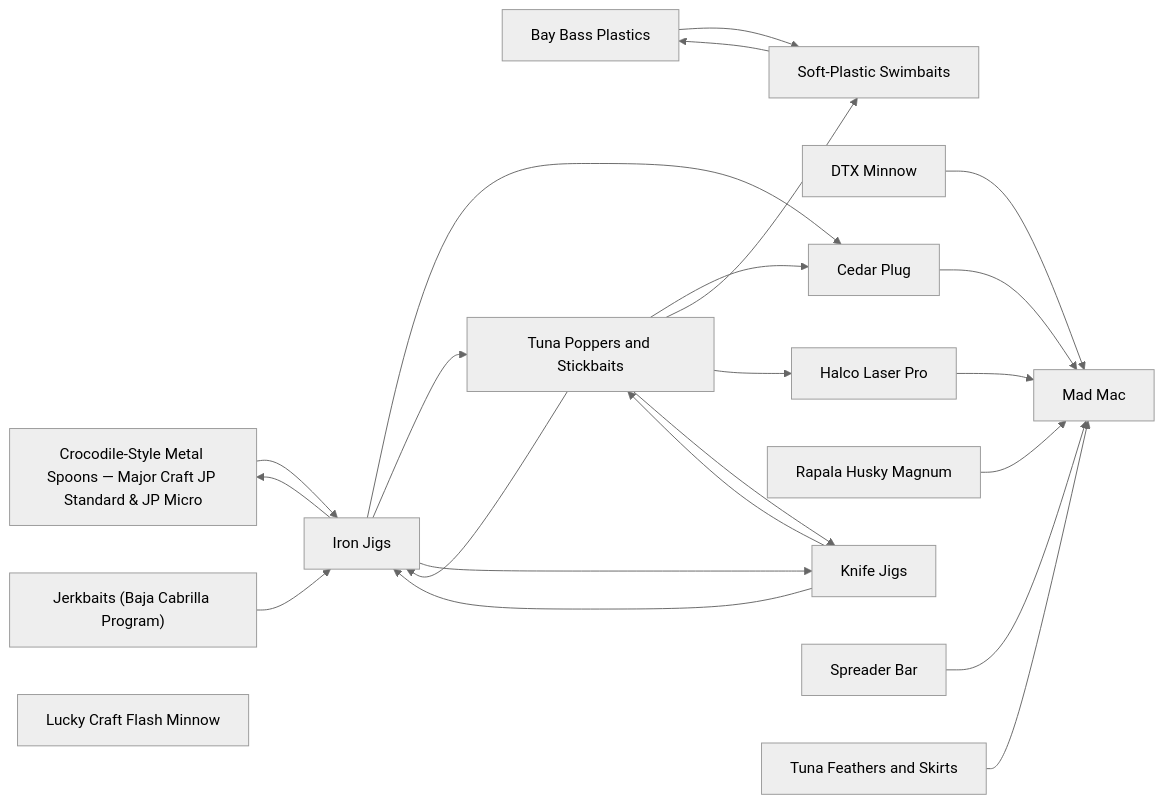
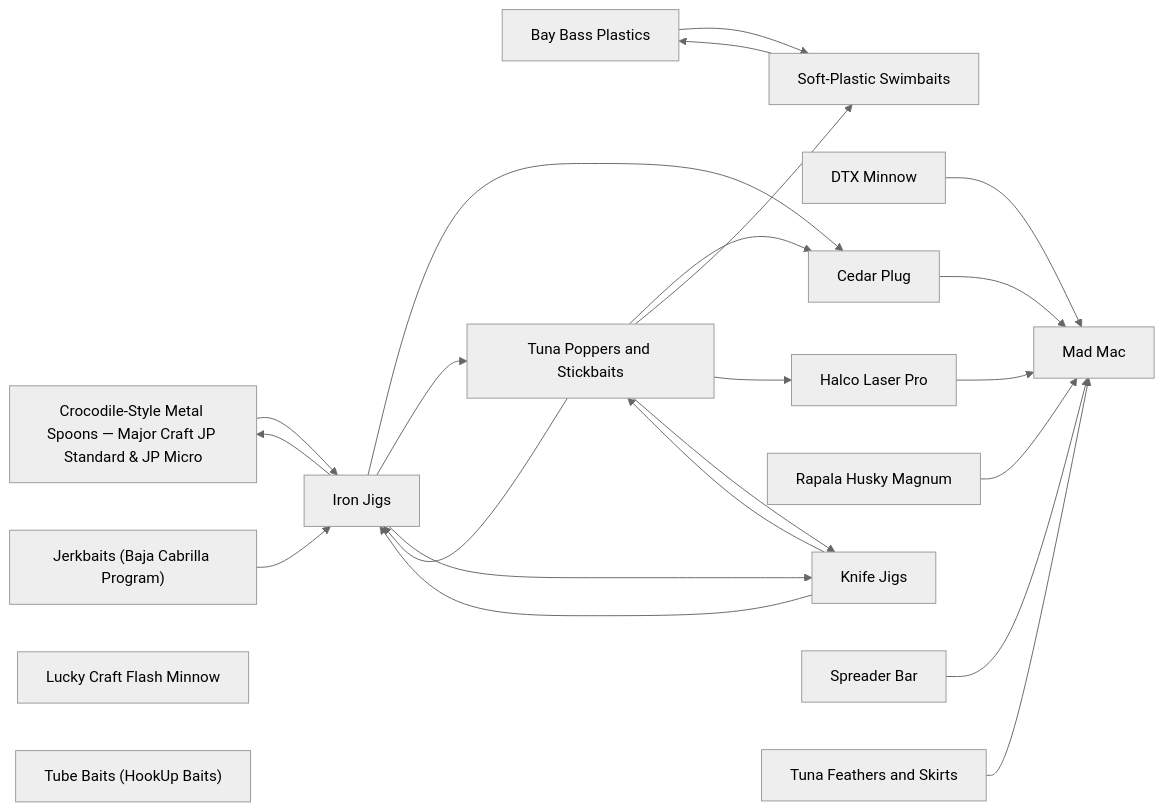
Before and after one commit to camchuckpete-max/Socal-Fishing-Knowledge: the diagram in lures/README.md, drawn with Mermaid (neutral theme). The commit also changed other lines of this file and 21 other files, not shown here.

````diff
--- a/lures/README.md
+++ b/lures/README.md
@@ -28,39 +29,40 @@
 ```mermaid
 graph LR
   n0["Bay Bass Plastics"]
   n1["Cedar Plug"]
   n2["Crocodile-Style Metal Spoons — Major Craft JP Standard & JP Micro"]
   n3["DTX Minnow"]
   n4["Halco Laser Pro"]
   n5["Iron Jigs"]
   n6["Jerkbaits (Baja Cabrilla Program)"]
   n7["Knife Jigs"]
   n8["Lucky Craft Flash Minnow"]
   n9["Mad Mac"]
   n10["Rapala Husky Magnum"]
   n11["Soft-Plastic Swimbaits"]
   n12["Spreader Bar"]
-  n13["Tuna Feathers and Skirts"]
-  n14["Tuna Poppers and Stickbaits"]
+  n13["Tube Baits (HookUp Baits)"]
+  n14["Tuna Feathers and Skirts"]
+  n15["Tuna Poppers and Stickbaits"]
   n0 --> n11
   n1 --> n9
   n10 --> n9
   n11 --> n0
   n12 --> n9
-  n13 --> n9
-  n14 --> n1
-  n14 --> n11
-  n14 --> n4
-  n14 --> n5
-  n14 --> n7
+  n14 --> n9
+  n15 --> n1
+  n15 --> n11
+  n15 --> n4
+  n15 --> n5
+  n15 --> n7
   n2 --> n5
   n3 --> n9
   n4 --> n9
   n5 --> n1
-  n5 --> n14
+  n5 --> n15
   n5 --> n2
   n5 --> n7
   n6 --> n5
-  n7 --> n14
+  n7 --> n15
   n7 --> n5
 ```
````
